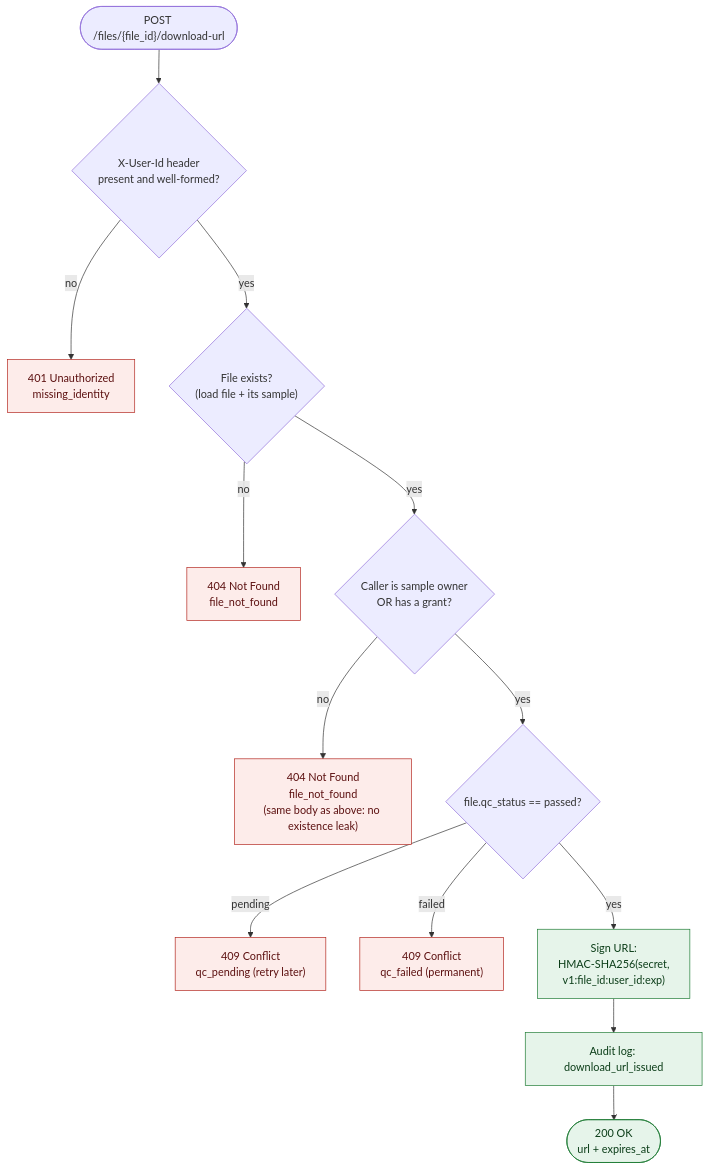
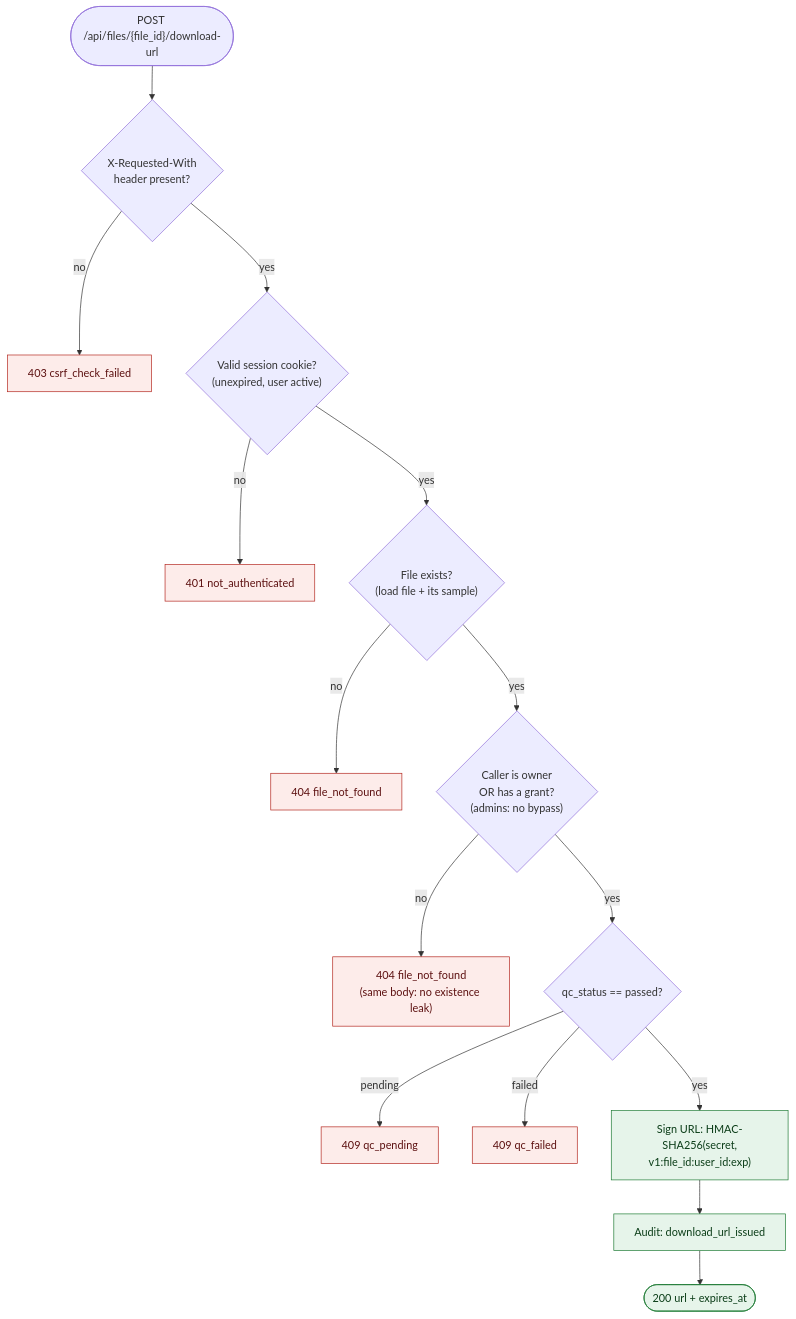
Before and after one commit to smitshah06/Sample-File-Access-Service: the third of 10 diagrams in docs/implementation-plan.md, drawn with Mermaid. The commit also changed other lines of this file and 64 other files, not shown here.

````diff
--- a/docs/implementation-plan.md
+++ b/docs/implementation-plan.md
@@ -381,19 +365,21 @@
 ```mermaid
 flowchart TD
-  start(["POST /files/{file_id}/download-url"]) --> h{"X-User-Id header<br/>present and well-formed?"}
-  h -- no --> e401["401 Unauthorized<br/>missing_identity"]
+  start(["POST /api/files/{file_id}/download-url"]) --> c{"X-Requested-With<br/>header present?"}
+  c -- no --> e403c["403 csrf_check_failed"]
+  c -- yes --> h{"Valid session cookie?<br/>(unexpired, user active)"}
+  h -- no --> e401["401 not_authenticated"]
   h -- yes --> f{"File exists?<br/>(load file + its sample)"}
-  f -- no --> e404a["404 Not Found<br/>file_not_found"]
-  f -- yes --> a{"Caller is sample owner<br/>OR has a grant?"}
-  a -- no --> e404b["404 Not Found<br/>file_not_found<br/>(same body as above: no existence leak)"]
-  a -- yes --> q{"file.qc_status == passed?"}
-  q -- "pending" --> e409p["409 Conflict<br/>qc_pending (retry later)"]
-  q -- "failed" --> e409f["409 Conflict<br/>qc_failed (permanent)"]
-  q -- yes --> s["Sign URL:<br/>HMAC-SHA256(secret,<br/>v1:file_id:user_id:exp)"]
-  s --> log["Audit log: download_url_issued"]
-  log --> ok(["200 OK<br/>url + expires_at"])
+  f -- no --> e404a["404 file_not_found"]
+  f -- yes --> a{"Caller is owner<br/>OR has a grant?<br/>(admins: no bypass)"}
+  a -- no --> e404b["404 file_not_found<br/>(same body: no existence leak)"]
+  a -- yes --> q{"qc_status == passed?"}
+  q -- "pending" --> e409p["409 qc_pending"]
+  q -- "failed" --> e409f["409 qc_failed"]
+  q -- yes --> s["Sign URL: HMAC-SHA256(secret,<br/>v1:file_id:user_id:exp)"]
+  s --> log["Audit: download_url_issued"]
+  log --> ok(["200 url + expires_at"])
   classDef bad fill:#FDECEA,stroke:#B3261E,color:#5C1010;
   classDef good fill:#E6F4EA,stroke:#1E7B34,color:#0B3D18;
-  class e401,e404a,e404b,e409p,e409f bad;
+  class e403c,e401,e404a,e404b,e409p,e409f bad;
   class ok,s,log good;
 ```
````
